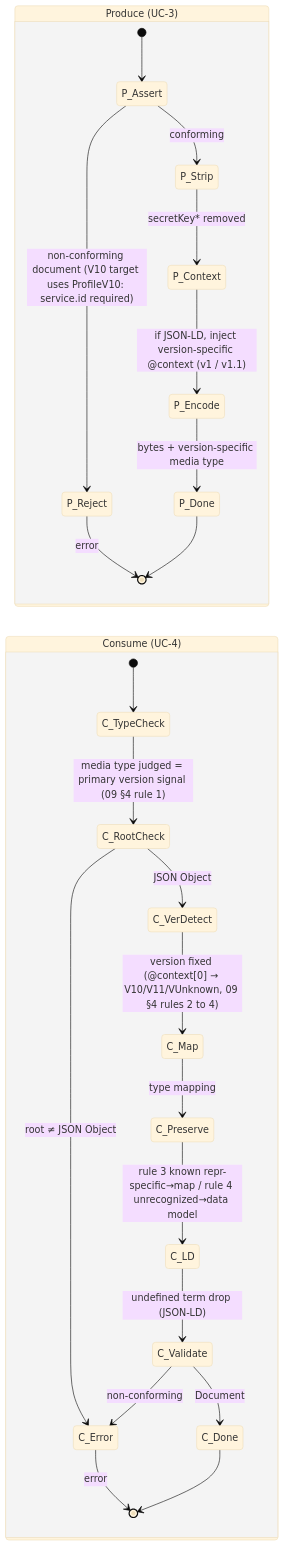
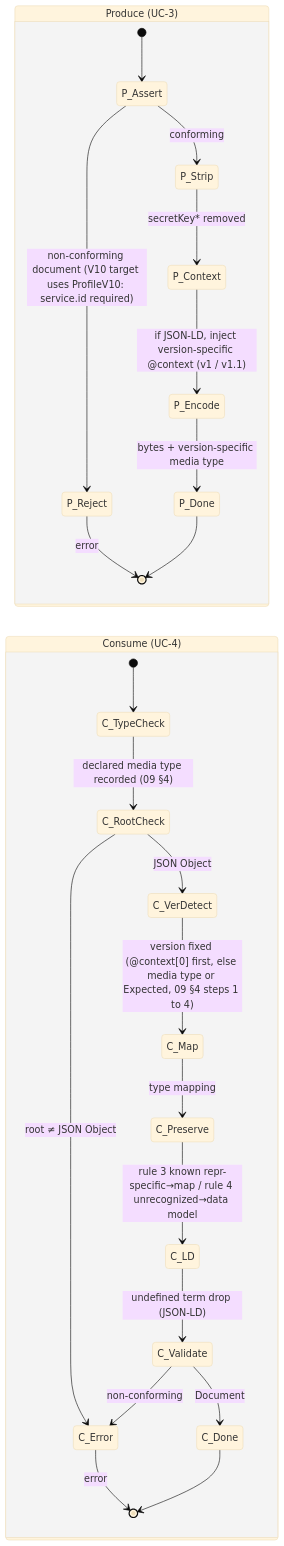
The third of 5 diagrams in docs/04-state-diagrams.md (SAGE-X-project/did-go), drawn with Mermaid (base theme) before and after one commit. The commit also changed other lines of this file and 10 other files, not shown here.

````diff
--- a/docs/04-state-diagrams.md
+++ b/docs/04-state-diagrams.md
@@ -68,28 +69,28 @@
 ```mermaid
 stateDiagram-v2
     direction LR
     state "Produce (UC-3)" as P {
         [*] --> P_Assert
         P_Assert --> P_Reject: non-conforming document (V10 target uses ProfileV10: service.id required)
         P_Assert --> P_Strip: conforming
         P_Strip --> P_Context: secretKey* removed
         P_Context --> P_Encode: if JSON-LD, inject version-specific @context (v1 / v1.1)
         P_Encode --> P_Done: bytes + version-specific media type
         P_Reject --> [*]: error
         P_Done --> [*]
     }
     state "Consume (UC-4)" as C {
         [*] --> C_TypeCheck
-        C_TypeCheck --> C_RootCheck: media type judged = primary version signal (09 §4 rule 1)
+        C_TypeCheck --> C_RootCheck: declared media type recorded (09 §4)
         C_RootCheck --> C_Error: root ≠ JSON Object
         C_RootCheck --> C_VerDetect: JSON Object
-        C_VerDetect --> C_Map: version fixed (@context[0] → V10/V11/VUnknown, 09 §4 rules 2 to 4)
+        C_VerDetect --> C_Map: version fixed (@context[0] first, else media type or Expected, 09 §4 steps 1 to 4)
         C_Map --> C_Preserve: type mapping
         C_Preserve --> C_LD: rule 3 known repr-specific→map / rule 4 unrecognized→data model
         C_LD --> C_Validate: undefined term drop (JSON-LD)
         C_Validate --> C_Error: non-conforming
         C_Validate --> C_Done: Document
         C_Error --> [*]: error
         C_Done --> [*]
     }
 ```
````
